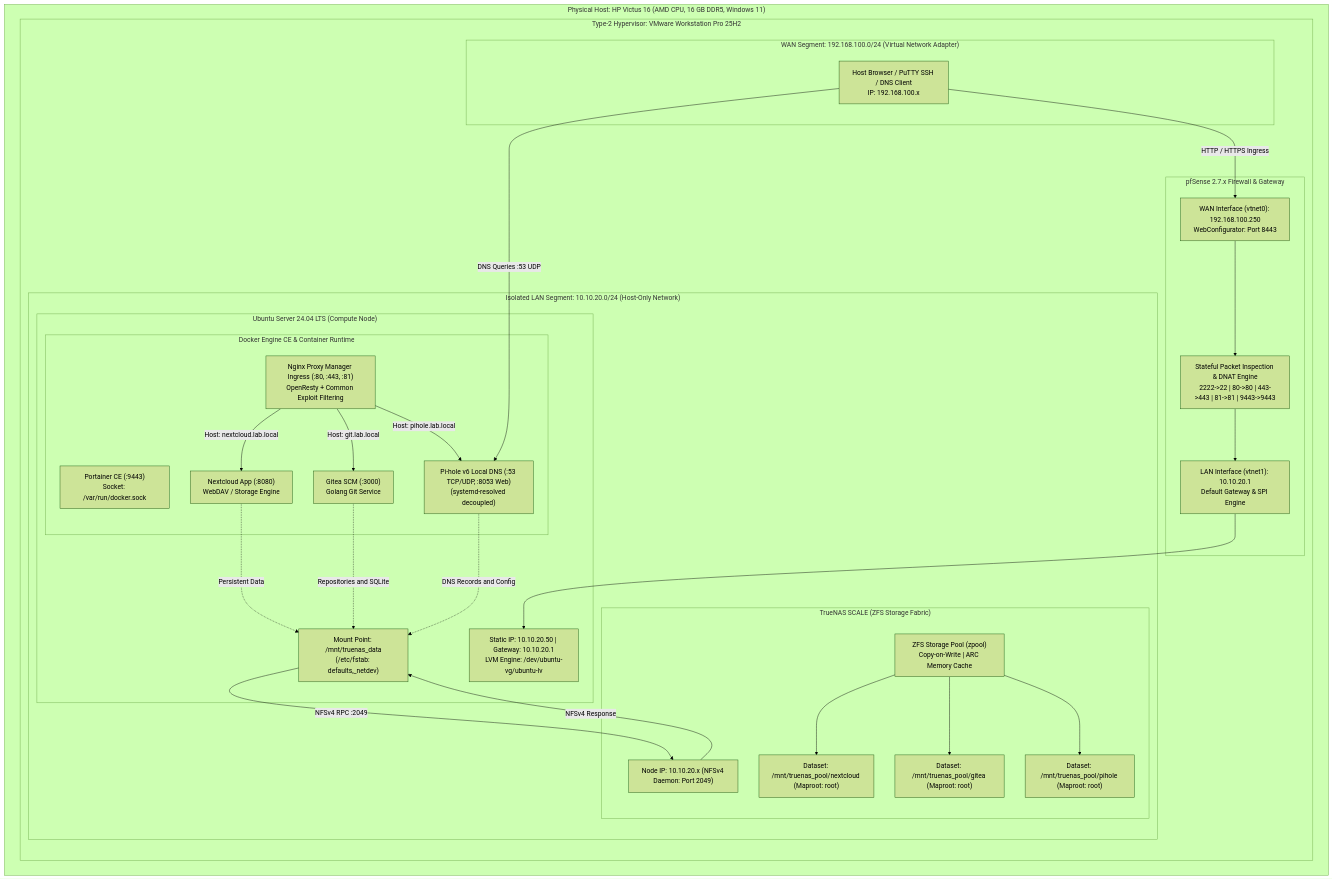
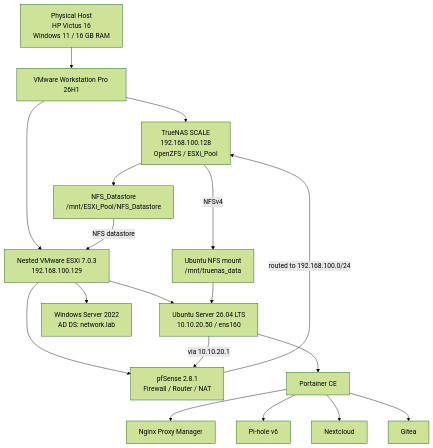
One commit to ekincimustafa/virtualized-enterprise-network-infrastructure changed the diagram in README.md. Above: the diagram before and after it, drawn with Mermaid (forest theme). The commit also changed other lines of this file and 1 other file, not shown here.

Commit message:
docs(architecture): align documentation with verified final lab state

````diff
--- a/README.md
+++ b/README.md
@@ -47,64 +54,43 @@
 ```mermaid
-graph TD
-    subgraph PhysicalHost["Physical Host: HP Victus 16 (AMD CPU, 16 GB DDR5, Windows 11)"]
-        subgraph HypervisorLayer["Type-2 Hypervisor: VMware Workstation Pro 25H2"]
-            
-            subgraph WAN_Segment["WAN Segment: 192.168.100.0/24 (Virtual Network Adapter)"]
-                HostClient["Host Browser / PuTTY SSH / DNS Client\nIP: 192.168.100.x"]
-            end
+flowchart TD
+    Host["Physical Host<br/>HP Victus 16<br/>Windows 11 / 16 GB RAM"]
+    WS["VMware Workstation Pro 26H1"]
 
-            subgraph RouterVM["pfSense 2.7.x Firewall & Gateway"]
-                WAN_NIC["WAN Interface (vtnet0): 192.168.100.250\nWebConfigurator: Port 8443"]
-                LAN_NIC["LAN Interface (vtnet1): 10.10.20.1\nDefault Gateway & SPI Engine"]
-                NAT_Rules["Stateful Packet Inspection & DNAT Engine\n2222->22 | 80->80 | 443->443 | 81->81 | 9443->9443"]
-                WAN_NIC --> NAT_Rules --> LAN_NIC
-            end
+    TrueNAS["TrueNAS SCALE<br/>192.168.100.128<br/>OpenZFS / ESXi_Pool"]
+    ESXi["Nested VMware ESXi 7.0.3<br/>192.168.100.129"]
 
-            subgraph LAN_Segment["Isolated LAN Segment: 10.10.20.0/24 (Host-Only Network)"]
-                
-                subgraph StorageVM["TrueNAS SCALE (ZFS Storage Fabric)"]
-                    TrueNAS_IP["Node IP: 10.10.20.x (NFSv4 Daemon: Port 2049)"]
-                    ZPOOL["ZFS Storage Pool (zpool)\nCopy-on-Write | ARC Memory Cache"]
-                    Dataset_NC["Dataset: /mnt/truenas_pool/nextcloud (Maproot: root)"]
-                    Dataset_GIT["Dataset: /mnt/truenas_pool/gitea (Maproot: root)"]
-                    Dataset_PI["Dataset: /mnt/truenas_pool/pihole (Maproot: root)"]
-                    ZPOOL --> Dataset_NC
-                    ZPOOL --> Dataset_GIT
-                    ZPOOL --> Dataset_PI
-                end
+    pfSense["pfSense 2.8.1<br/>Firewall / Router / NAT"]
+    Ubuntu["Ubuntu Server 26.04 LTS<br/>10.10.20.50 / ens160"]
+    AD["Windows Server 2022<br/>AD DS: network.lab"]
 
-                subgraph ComputeVM["Ubuntu Server 24.04 LTS (Compute Node)"]
-                    Netplan["Static IP: 10.10.20.50 | Gateway: 10.10.20.1\nLVM Engine: /dev/ubuntu-vg/ubuntu-lv"]
-                    NFSMount["Mount Point: /mnt/truenas_data\n(/etc/fstab: defaults,_netdev)"]
-                    
-                    subgraph DockerEngine["Docker Engine CE & Container Runtime"]
-                        Portainer["Portainer CE (:9443)\nSocket: /var/run/docker.sock"]
-                        Pihole["Pi-hole v6 Local DNS (:53 TCP/UDP, :8053 Web)\n(systemd-resolved decoupled)"]
-                        NPM["Nginx Proxy Manager Ingress (:80, :443, :81)\nOpenResty + Common Exploit Filtering"]
-                        Nextcloud["Nextcloud App (:8080)\nWebDAV / Storage Engine"]
-                        Gitea["Gitea SCM (:3000)\nGolang Git Service"]
-                    end
-                end
+    NFS["NFS_Datastore<br/>/mnt/ESXi_Pool/NFS_Datastore"]
+    Mount["Ubuntu NFS mount<br/>/mnt/truenas_data"]
 
-            end
+    Portainer["Portainer CE"]
+    NPM["Nginx Proxy Manager"]
+    PiHole["Pi-hole v6"]
+    Nextcloud["Nextcloud"]
+    Gitea["Gitea"]
 
-        end
-    end
+    Host --> WS
+    WS --> TrueNAS
+    WS --> ESXi
 
-    %% Network & Ingress Bindings
-    HostClient -->|DNS Queries :53 UDP| Pihole
-    HostClient -->|HTTP / HTTPS Ingress| WAN_NIC
-    LAN_NIC --> Netplan
-    NFSMount -->|"NFSv4 RPC :2049"| TrueNAS_IP
-    TrueNAS_IP -->|"NFSv4 Response"| NFSMount
+    TrueNAS --> NFS
+    NFS -->|"NFS datastore"| ESXi
 
-    %% Ingress Forwarding
-    NPM -->|"Host: nextcloud.lab.local"| Nextcloud
-    NPM -->|"Host: git.lab.local"| Gitea
-    NPM -->|"Host: pihole.lab.local"| Pihole
+    ESXi --> pfSense
+    ESXi --> Ubuntu
+    ESXi --> AD
 
-    %% Storage Decoupling
-    Nextcloud -.->|"Persistent Data"| NFSMount
-    Gitea -.->|"Repositories and SQLite"| NFSMount
-    Pihole -.->|"DNS Records and Config"| NFSMount
+    Ubuntu -->|"via 10.10.20.1"| pfSense
+    pfSense -->|"routed to 192.168.100.0/24"| TrueNAS
+    TrueNAS -->|"NFSv4"| Mount
+    Mount --> Ubuntu
+
+    Ubuntu --> Portainer
+    Portainer --> NPM
+    Portainer --> PiHole
+    Portainer --> Nextcloud
+    Portainer --> Gitea
 ```
````
